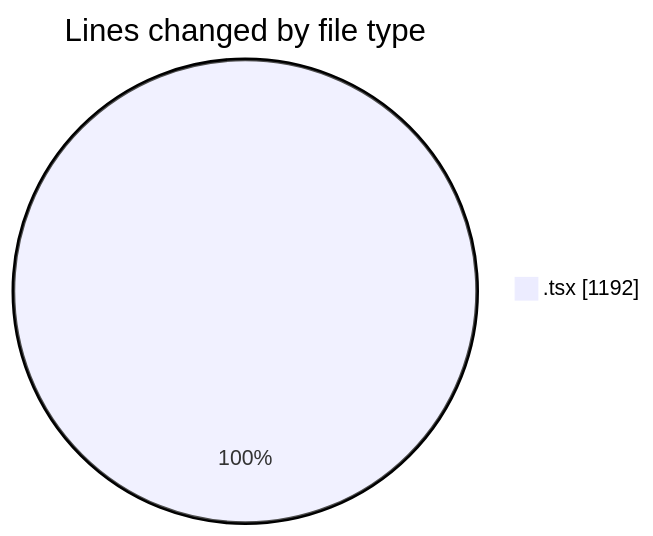
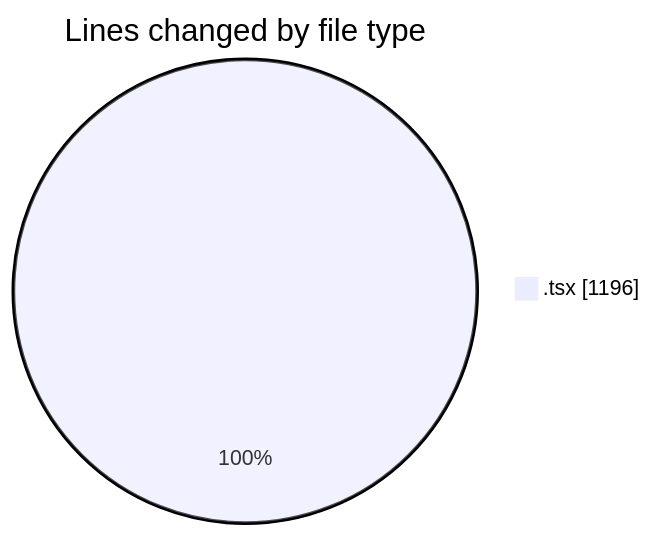
The first of 2 diagrams in 2025-09-30/cda/README.md (momahboobian/code-tracking), drawn with Mermaid before and after one commit. The commit also changed other lines of this file and 1 other file, not shown here.

````diff
--- a/2025-09-30/cda/README.md
+++ b/2025-09-30/cda/README.md
@@ -21,5 +21,5 @@
 ```mermaid
 pie showData
 title Lines changed by file type
-".tsx" : 1192
+".tsx" : 1196
 ```
````
